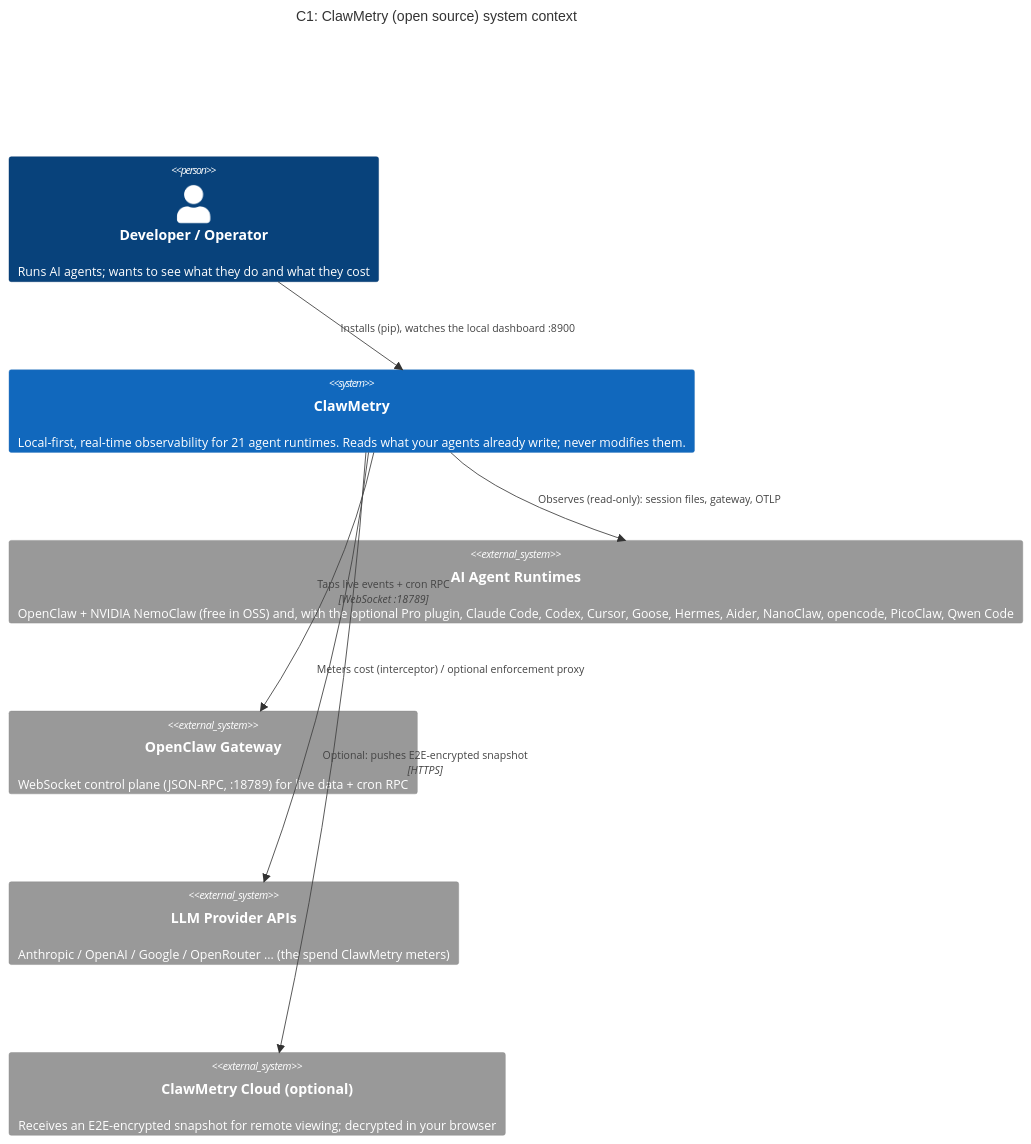
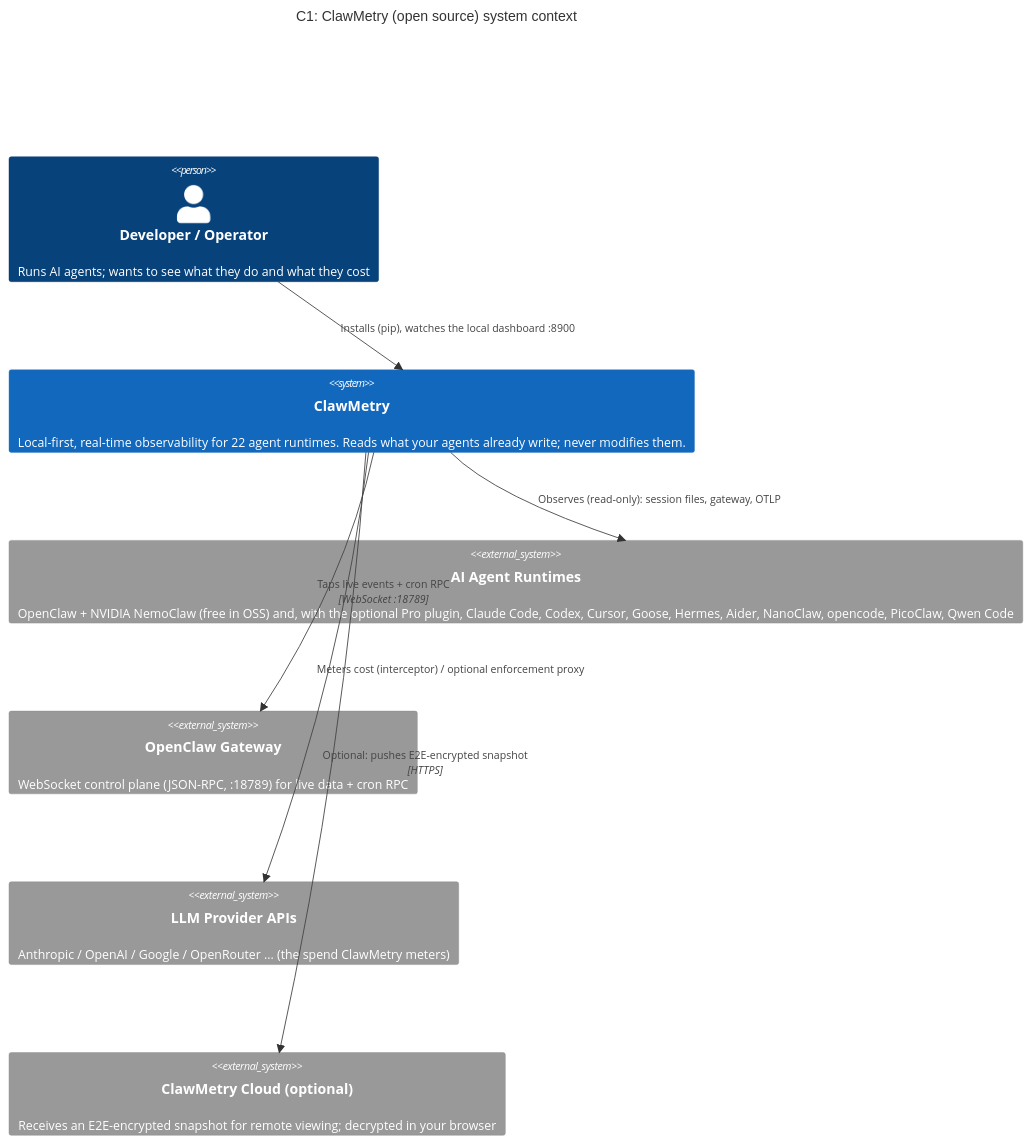
One commit to mrbrazzi/clawmetry changed the first of 2 diagrams in ARCHITECTURE.md. Above: the diagram before and after it, drawn with Mermaid. The commit also changed 37 other files, not shown here.

````diff
--- a/ARCHITECTURE.md
+++ b/ARCHITECTURE.md
@@ -37,18 +37,18 @@
 ```mermaid
 C4Context
 title C1: ClawMetry (open source) system context
 
 Person(dev, "Developer / Operator", "Runs AI agents; wants to see what they do and what they cost")
-System(clawmetry, "ClawMetry", "Local-first, real-time observability for 21 agent runtimes. Reads what your agents already write; never modifies them.")
+System(clawmetry, "ClawMetry", "Local-first, real-time observability for 22 agent runtimes. Reads what your agents already write; never modifies them.")
 
 System_Ext(runtimes, "AI Agent Runtimes", "OpenClaw + NVIDIA NemoClaw (free in OSS) and, with the optional Pro plugin, Claude Code, Codex, Cursor, Goose, Hermes, Aider, NanoClaw, opencode, PicoClaw, Qwen Code")
 System_Ext(gateway, "OpenClaw Gateway", "WebSocket control plane (JSON-RPC, :18789) for live data + cron RPC")
 System_Ext(llm, "LLM Provider APIs", "Anthropic / OpenAI / Google / OpenRouter ... (the spend ClawMetry meters)")
 System_Ext(cloud, "ClawMetry Cloud (optional)", "Receives an E2E-encrypted snapshot for remote viewing; decrypted in your browser")
 
 Rel(dev, clawmetry, "Installs (pip), watches the local dashboard :8900")
 Rel(clawmetry, runtimes, "Observes (read-only): session files, gateway, OTLP")
 Rel(clawmetry, gateway, "Taps live events + cron RPC", "WebSocket :18789")
 Rel(clawmetry, llm, "Meters cost (interceptor) / optional enforcement proxy")
 Rel(clawmetry, cloud, "Optional: pushes E2E-encrypted snapshot", "HTTPS")
 ```
````
